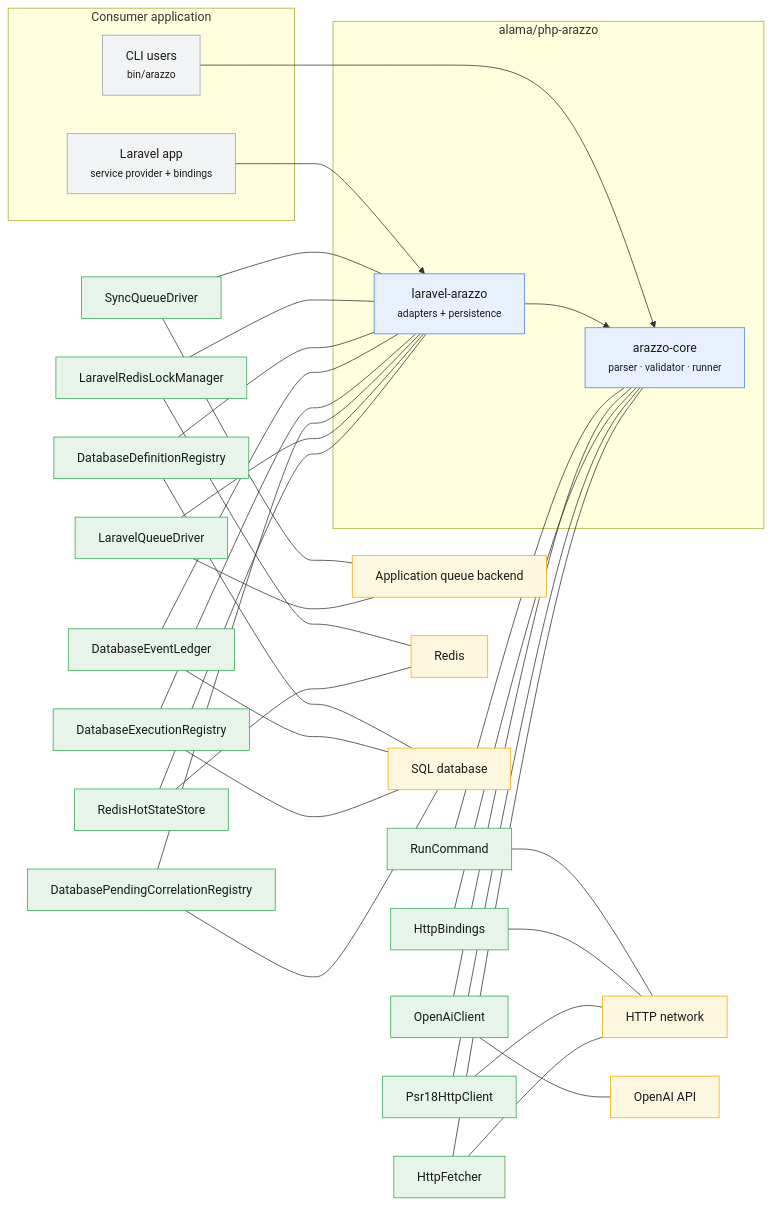
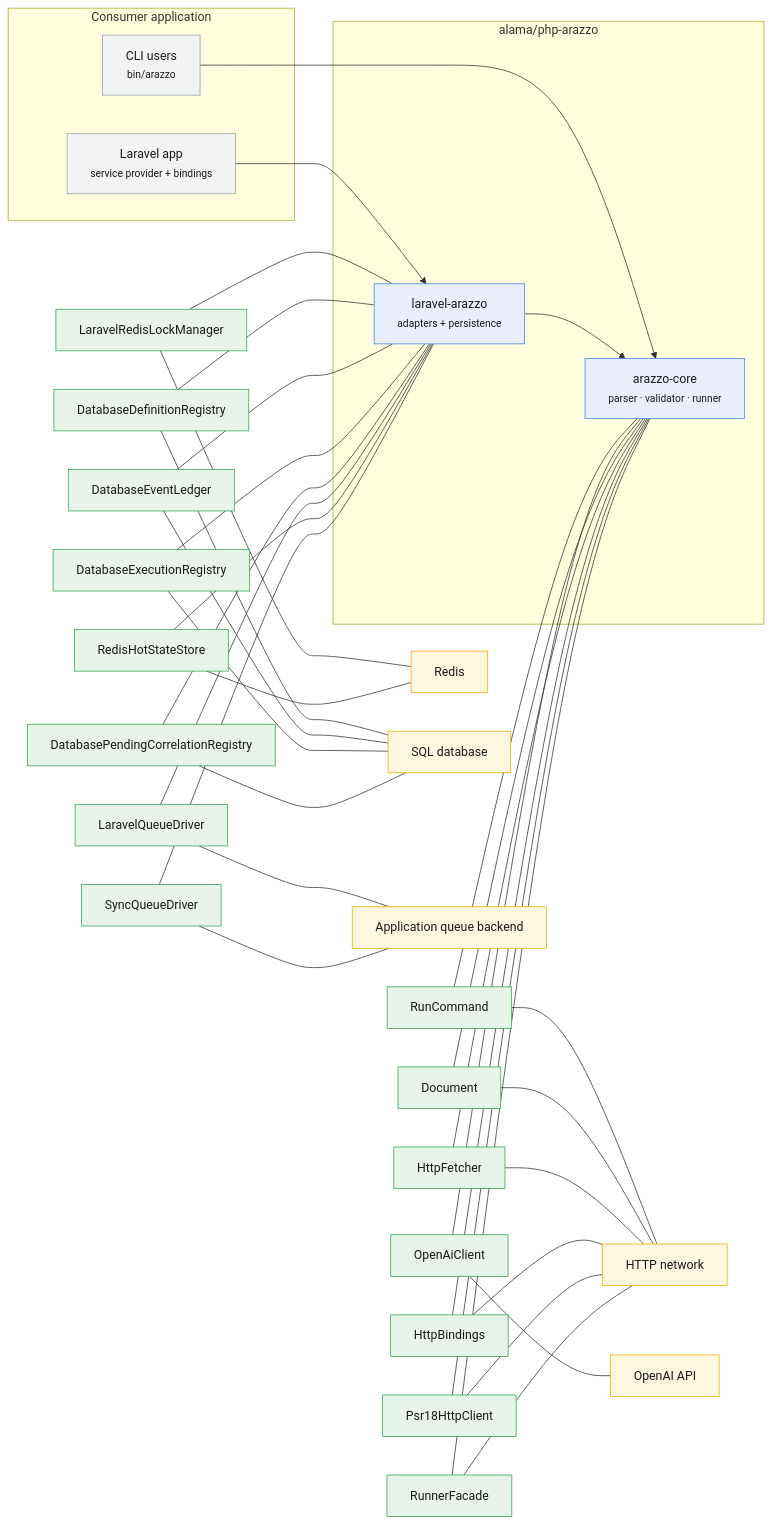
Before and after one commit to Mohammed-Alama/php-arazzo: the diagram in docs/generated/integration-context.md, drawn with Mermaid. The commit also changed 99 other files, not shown here.

````diff
--- a/docs/generated/integration-context.md
+++ b/docs/generated/integration-context.md
@@ -12,62 +12,68 @@
 ```mermaid
 flowchart LR
     subgraph Host["Consumer application"]
         LARAVEL["Laravel app<br/><small>service provider + bindings</small>"]:::host
         CLI["CLI users<br/><small>bin/arazzo</small>"]:::host
     end
     subgraph Package["alama/php-arazzo"]
         CORE["arazzo-core<br/><small>parser · validator · runner</small>"]:::package
         BRIDGE["laravel-arazzo<br/><small>adapters + persistence</small>"]:::package
         CLI --> CORE
         LARAVEL --> BRIDGE
         BRIDGE --> CORE
     end
-        A_Alama_Arazzo_Execution_SyncQueueDriver["SyncQueueDriver"]:::adapter
-        A_Alama_Arazzo_Execution_SyncQueueDriver --- BRIDGE
-        A_Alama_Arazzo_Execution_SyncQueueDriver --- queue
         A_Alama_Arazzo_Laravel_Lock_LaravelRedisLockManager["LaravelRedisLockManager"]:::adapter
         A_Alama_Arazzo_Laravel_Lock_LaravelRedisLockManager --- BRIDGE
         A_Alama_Arazzo_Laravel_Lock_LaravelRedisLockManager --- redis
         A_Alama_Arazzo_Laravel_Persistence_DatabaseDefinitionRegistry["DatabaseDefinitionRegistry"]:::adapter
         A_Alama_Arazzo_Laravel_Persistence_DatabaseDefinitionRegistry --- BRIDGE
         A_Alama_Arazzo_Laravel_Persistence_DatabaseDefinitionRegistry --- sql
         A_Alama_Arazzo_Laravel_Persistence_DatabaseEventLedger["DatabaseEventLedger"]:::adapter
         A_Alama_Arazzo_Laravel_Persistence_DatabaseEventLedger --- BRIDGE
         A_Alama_Arazzo_Laravel_Persistence_DatabaseEventLedger --- sql
         A_Alama_Arazzo_Laravel_Persistence_DatabaseExecutionRegistry["DatabaseExecutionRegistry"]:::adapter
         A_Alama_Arazzo_Laravel_Persistence_DatabaseExecutionRegistry --- BRIDGE
         A_Alama_Arazzo_Laravel_Persistence_DatabaseExecutionRegistry --- sql
         A_Alama_Arazzo_Laravel_Persistence_DatabasePendingCorrelationRegistry["DatabasePendingCorrelationRegistry"]:::adapter
         A_Alama_Arazzo_Laravel_Persistence_DatabasePendingCorrelationRegistry --- BRIDGE
         A_Alama_Arazzo_Laravel_Persistence_DatabasePendingCorrelationRegistry --- sql
         A_Alama_Arazzo_Laravel_Queue_LaravelQueueDriver["LaravelQueueDriver"]:::adapter
         A_Alama_Arazzo_Laravel_Queue_LaravelQueueDriver --- BRIDGE
         A_Alama_Arazzo_Laravel_Queue_LaravelQueueDriver --- queue
         A_Alama_Arazzo_Laravel_State_RedisHotStateStore["RedisHotStateStore"]:::adapter
         A_Alama_Arazzo_Laravel_State_RedisHotStateStore --- BRIDGE
         A_Alama_Arazzo_Laravel_State_RedisHotStateStore --- redis
-        A_Alama_Arazzo_Console_Command_RunCommand["RunCommand"]:::adapter
-        A_Alama_Arazzo_Console_Command_RunCommand --- CORE
-        A_Alama_Arazzo_Console_Command_RunCommand --- net
-        A_Alama_Arazzo_Generator_Clients_OpenAiClient["OpenAiClient"]:::adapter
-        A_Alama_Arazzo_Generator_Clients_OpenAiClient --- CORE
-        A_Alama_Arazzo_Generator_Clients_OpenAiClient --- openai
+        A_Alama_Arazzo_Runner_Execution_SyncQueueDriver["SyncQueueDriver"]:::adapter
+        A_Alama_Arazzo_Runner_Execution_SyncQueueDriver --- BRIDGE
+        A_Alama_Arazzo_Runner_Execution_SyncQueueDriver --- queue
+        A_Alama_Arazzo_Cli_Console_Command_RunCommand["RunCommand"]:::adapter
+        A_Alama_Arazzo_Cli_Console_Command_RunCommand --- CORE
+        A_Alama_Arazzo_Cli_Console_Command_RunCommand --- net
+        A_Alama_Arazzo_Cli_Generator_Clients_OpenAiClient["OpenAiClient"]:::adapter
+        A_Alama_Arazzo_Cli_Generator_Clients_OpenAiClient --- CORE
+        A_Alama_Arazzo_Cli_Generator_Clients_OpenAiClient --- openai
+        A_Alama_Arazzo_Document_Document["Document"]:::adapter
+        A_Alama_Arazzo_Document_Document --- CORE
+        A_Alama_Arazzo_Document_Document --- net
+        A_Alama_Arazzo_Document_Resolver_Fetchers_HttpFetcher["HttpFetcher"]:::adapter
+        A_Alama_Arazzo_Document_Resolver_Fetchers_HttpFetcher --- CORE
+        A_Alama_Arazzo_Document_Resolver_Fetchers_HttpFetcher --- net
         A_Alama_Arazzo_Laravel_Bindings_HttpBindings["HttpBindings"]:::adapter
         A_Alama_Arazzo_Laravel_Bindings_HttpBindings --- CORE
         A_Alama_Arazzo_Laravel_Bindings_HttpBindings --- net
         A_Alama_Arazzo_Laravel_Http_Psr18HttpClient["Psr18HttpClient"]:::adapter
         A_Alama_Arazzo_Laravel_Http_Psr18HttpClient --- CORE
         A_Alama_Arazzo_Laravel_Http_Psr18HttpClient --- net
-        A_Alama_Arazzo_Resolver_Fetchers_HttpFetcher["HttpFetcher"]:::adapter
-        A_Alama_Arazzo_Resolver_Fetchers_HttpFetcher --- CORE
-        A_Alama_Arazzo_Resolver_Fetchers_HttpFetcher --- net
+        A_Alama_Arazzo_Runner_RunnerFacade["RunnerFacade"]:::adapter
+        A_Alama_Arazzo_Runner_RunnerFacade --- CORE
+        A_Alama_Arazzo_Runner_RunnerFacade --- net
     net["HTTP network"]:::system
     openai["OpenAI API"]:::system
     queue["Application queue backend"]:::system
     redis["Redis"]:::system
     sql["SQL database"]:::system
     classDef host fill:#f1f3f4,stroke:#9aa0a6,color:#1a1a1a;
     classDef package fill:#e8f0fe,stroke:#4285f4,color:#1a1a1a;
     classDef adapter fill:#e6f4ea,stroke:#34a853,color:#1a1a1a;
     classDef system fill:#fef7e0,stroke:#f9ab00,color:#1a1a1a;
 ```
````
